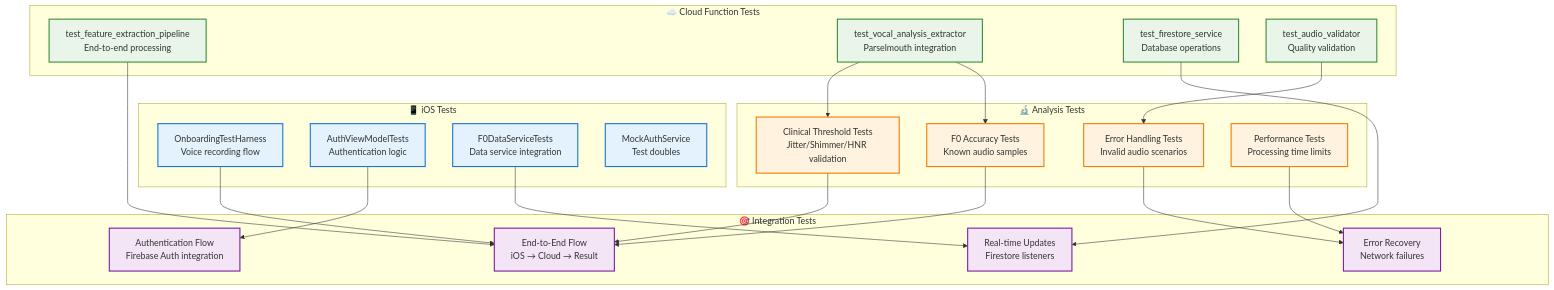
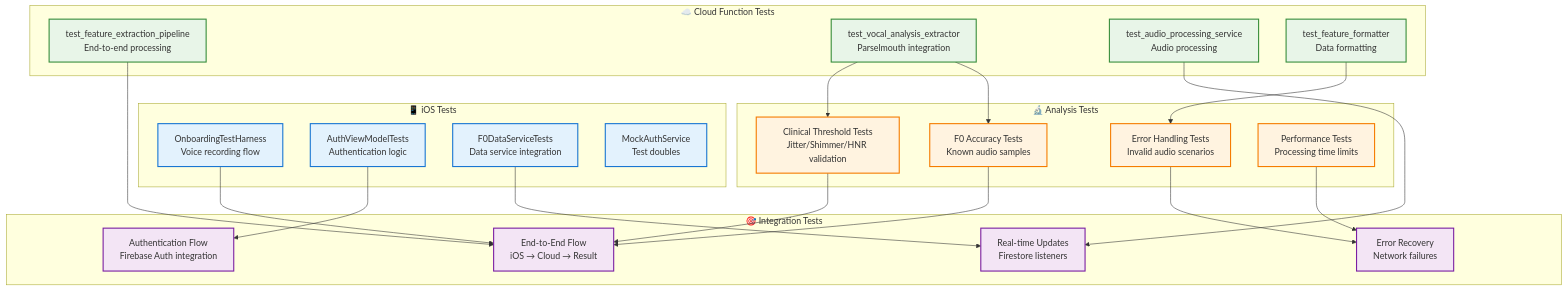
Before and after one commit to PoisonIvory/sage: the ninth of 13 diagrams in ARCHITECTURE.md, drawn with Mermaid. The commit also changed other lines of this file and 20 other files, not shown here.

````diff
--- a/ARCHITECTURE.md
+++ b/ARCHITECTURE.md
@@ -422,53 +522,53 @@
 ```mermaid
 graph TD
     subgraph "📱 iOS Tests"
         A1[OnboardingTestHarness<br/>Voice recording flow]
         A2[AuthViewModelTests<br/>Authentication logic]
         A3[F0DataServiceTests<br/>Data service integration]
         A4[MockAuthService<br/>Test doubles]
     end
     
     subgraph "☁️ Cloud Function Tests"
         B1[test_feature_extraction_pipeline<br/>End-to-end processing]
         B2[test_vocal_analysis_extractor<br/>Parselmouth integration]
-        B3[test_firestore_service<br/>Database operations]
-        B4[test_audio_validator<br/>Quality validation]
+        B3[test_audio_processing_service<br/>Audio processing]
+        B4[test_feature_formatter<br/>Data formatting]
     end
     
     subgraph "🔬 Analysis Tests"
         C1[Clinical Threshold Tests<br/>Jitter/Shimmer/HNR validation]
         C2[F0 Accuracy Tests<br/>Known audio samples]
         C3[Error Handling Tests<br/>Invalid audio scenarios]
         C4[Performance Tests<br/>Processing time limits]
     end
     
     subgraph "🎯 Integration Tests"
         D1[End-to-End Flow<br/>iOS → Cloud → Result]
         D2[Real-time Updates<br/>Firestore listeners]
         D3[Authentication Flow<br/>Firebase Auth integration]
         D4[Error Recovery<br/>Network failures]
     end
     
     A1 --> D1
     A2 --> D3
     A3 --> D2
     B1 --> D1
     B2 --> C1
     B2 --> C2
     B3 --> D2
     B4 --> C3
     C1 --> D1
     C2 --> D1
     C3 --> D4
     C4 --> D4
     
     classDef ios fill:#e3f2fd,stroke:#1976d2,stroke-width:2px
     classDef cloud fill:#e8f5e8,stroke:#388e3c,stroke-width:2px
     classDef analysis fill:#fff3e0,stroke:#f57c00,stroke-width:2px
     classDef integration fill:#f3e5f5,stroke:#7b1fa2,stroke-width:2px
     
     class A1,A2,A3,A4 ios
     class B1,B2,B3,B4 cloud
     class C1,C2,C3,C4 analysis
     class D1,D2,D3,D4 integration
 ```
````
